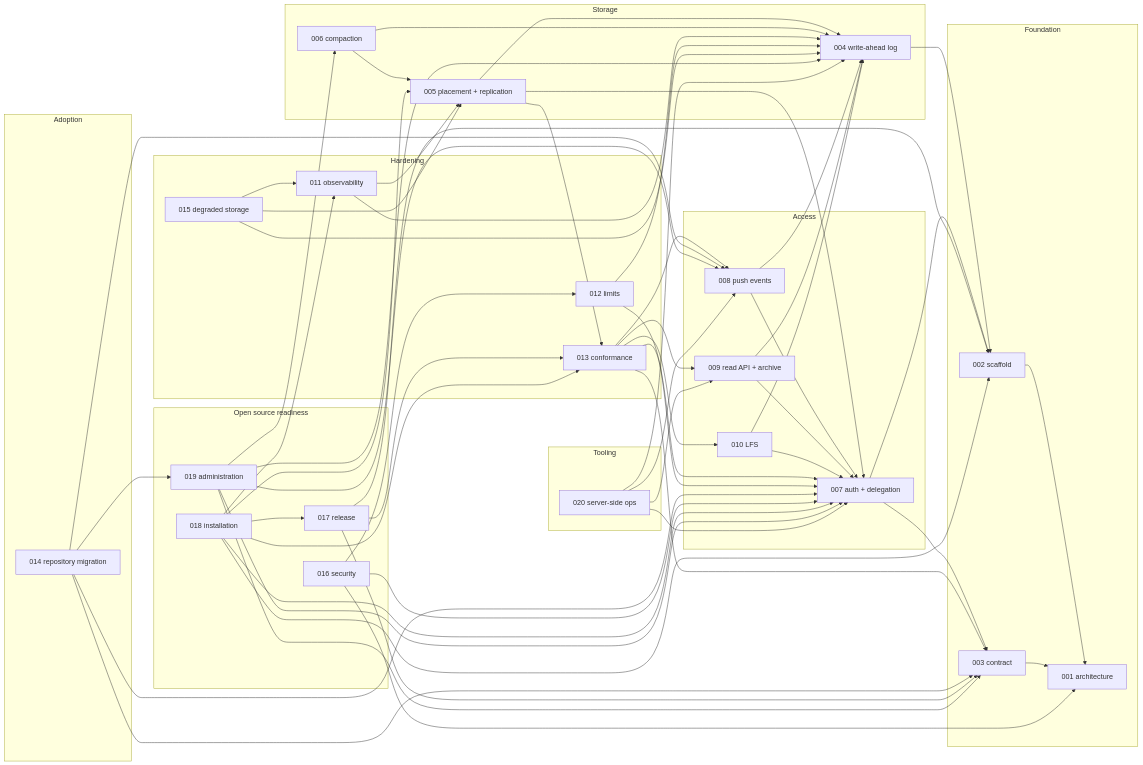
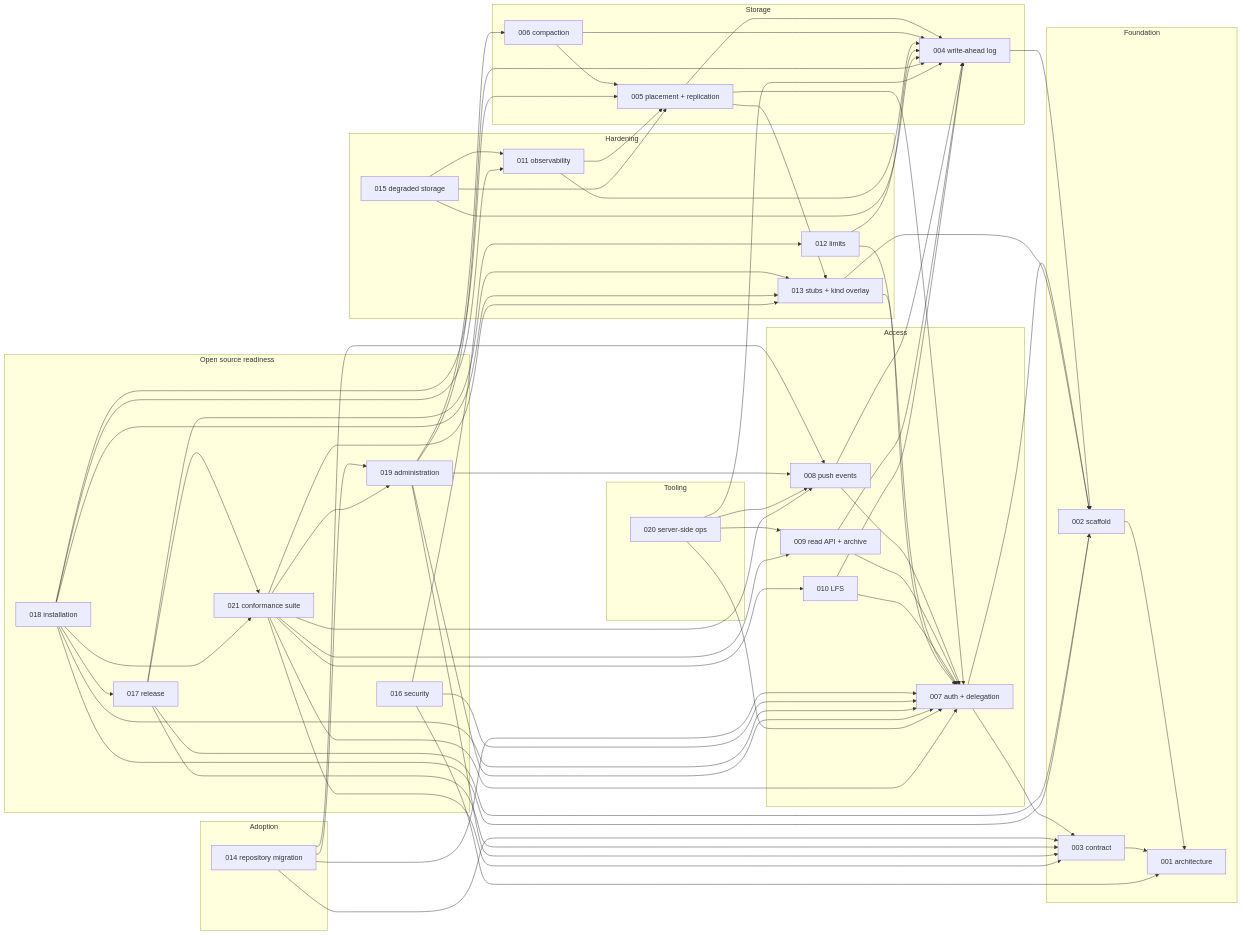
Before and after one commit to latere-ai/origo: the second of 2 diagrams in specs/README.md, drawn with Mermaid. The commit also changed other lines of this file and 1 other file, not shown here.

Commit message:
specs: add 021 conformance suite, reindex 013's split, rebuild the graph, build order, and cross-reference

````diff
--- a/specs/README.md
+++ b/specs/README.md
@@ -86,7 +87,7 @@
   subgraph H[Hardening]
     S011[011 observability]
     S012[012 limits]
-    S013[013 conformance]
+    S013[013 stubs + kind overlay]
     S015[015 degraded storage]
   end
   subgraph O[Open source readiness]
@@ -94,6 +95,7 @@
     S017[017 release]
     S018[018 installation]
     S019[019 administration]
+    S021[021 conformance suite]
   end
   subgraph M[Adoption]
     S014[014 repository migration]
@@ -121,11 +123,8 @@
   S011 --> S005
   S012 --> S007
   S012 --> S004
-  S013 --> S003
+  S013 --> S002
   S013 --> S007
-  S013 --> S008
-  S013 --> S009
-  S013 --> S010
   S014 --> S003
   S014 --> S007
   S014 --> S008
@@ -139,12 +138,14 @@
   S017 --> S002
   S017 --> S003
   S017 --> S013
+  S017 --> S021
   S018 --> S002
   S018 --> S005
   S018 --> S007
   S018 --> S011
   S018 --> S013
   S018 --> S017
+  S018 --> S021
   S019 --> S003
   S019 --> S004
   S019 --> S006
@@ -154,4 +155,11 @@
   S020 --> S007
   S020 --> S008
   S020 --> S009
+  S021 --> S003
+  S021 --> S007
+  S021 --> S008
+  S021 --> S009
+  S021 --> S010
+  S021 --> S013
+  S021 --> S019
 ```
````
